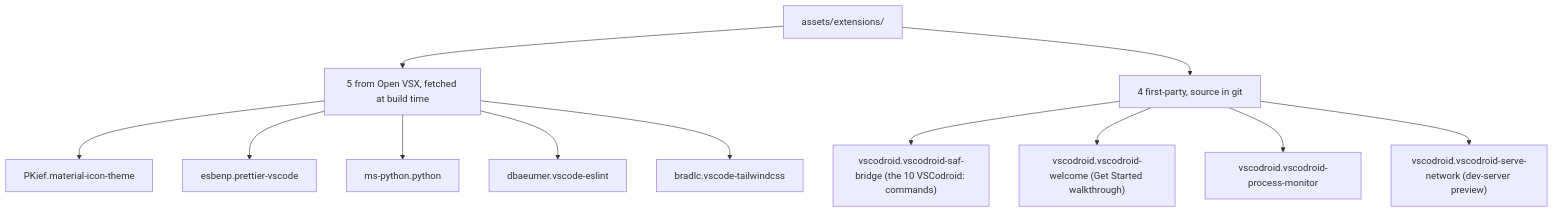
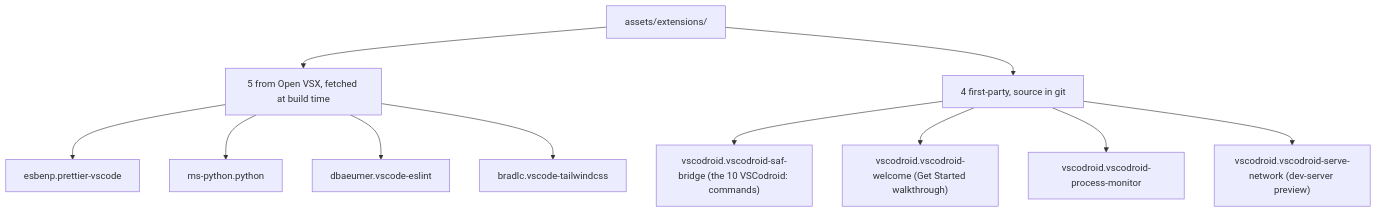
Before and after one commit to cuixinyuan666/vscodroid: the third of 3 diagrams in docs/05-API_SPEC.md, drawn with Mermaid. The commit also changed 5 other files, not shown here.

First line of the commit message:
feat: stop bundling Material Icon Theme (#377)

````diff
--- a/docs/05-API_SPEC.md
+++ b/docs/05-API_SPEC.md
@@ -1041,14 +1041,13 @@
 ```mermaid
 flowchart TD
   ROOT["assets/extensions/"] --> T["5 from Open VSX, fetched at build time"]
   ROOT --> O["4 first-party, source in git"]
-  T --> T1["PKief.material-icon-theme"]
   T --> T2["esbenp.prettier-vscode"]
   T --> T3["ms-python.python"]
   T --> T4["dbaeumer.vscode-eslint"]
   T --> T5["bradlc.vscode-tailwindcss"]
   O --> O1["vscodroid.vscodroid-saf-bridge (the 10 VSCodroid: commands)"]
   O --> O2["vscodroid.vscodroid-welcome (Get Started walkthrough)"]
   O --> O3["vscodroid.vscodroid-process-monitor"]
   O --> O4["vscodroid.vscodroid-serve-network (dev-server preview)"]
 ```
````
